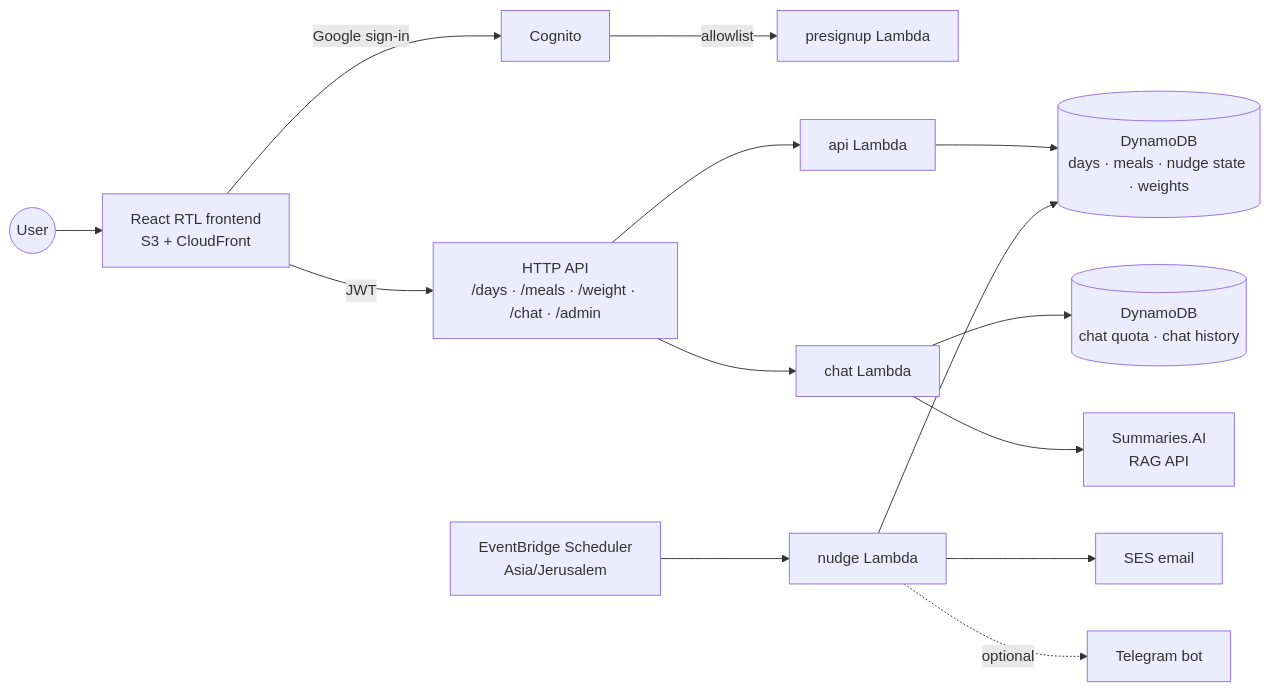
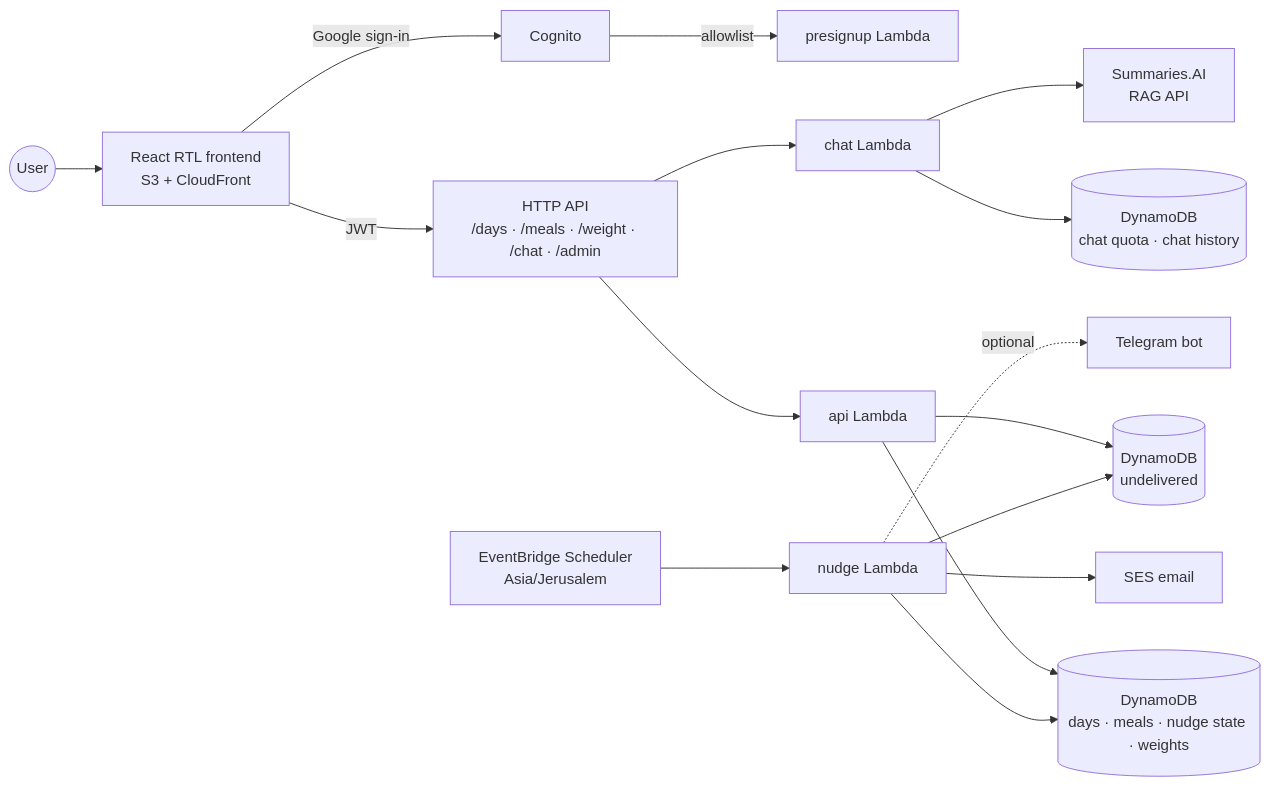
Before and after one commit to erancha/diet-tracker: the diagram in README.md, drawn with Mermaid. The commit also changed other lines of this file and 22 other files, not shown here.

````diff
--- a/README.md
+++ b/README.md
@@ -67,16 +70,18 @@
 ```mermaid
 graph LR
     U((User)) --> FE[React RTL frontend<br/>S3 + CloudFront]
     FE -->|Google sign-in| COG[Cognito]
     COG -->|allowlist| PRE[presignup Lambda]
     FE -->|JWT| API[HTTP API<br/>/days · /meals · /weight · /chat · /admin]
     API --> APIL[api Lambda]
     API --> CHATL[chat Lambda]
     APIL --> DB[(DynamoDB<br/>days · meals · nudge state · weights)]
+    APIL --> UND[(DynamoDB<br/>undelivered)]
     CHATL --> CDB[(DynamoDB<br/>chat quota · chat history)]
     CHATL --> RAG[Summaries.AI<br/>RAG API]
     SCH[EventBridge Scheduler<br/>Asia/Jerusalem] --> NUDGE[nudge Lambda]
     NUDGE --> DB
+    NUDGE --> UND
     NUDGE --> SES[SES email]
     NUDGE -.optional.-> TG[Telegram bot]
 ```
````
